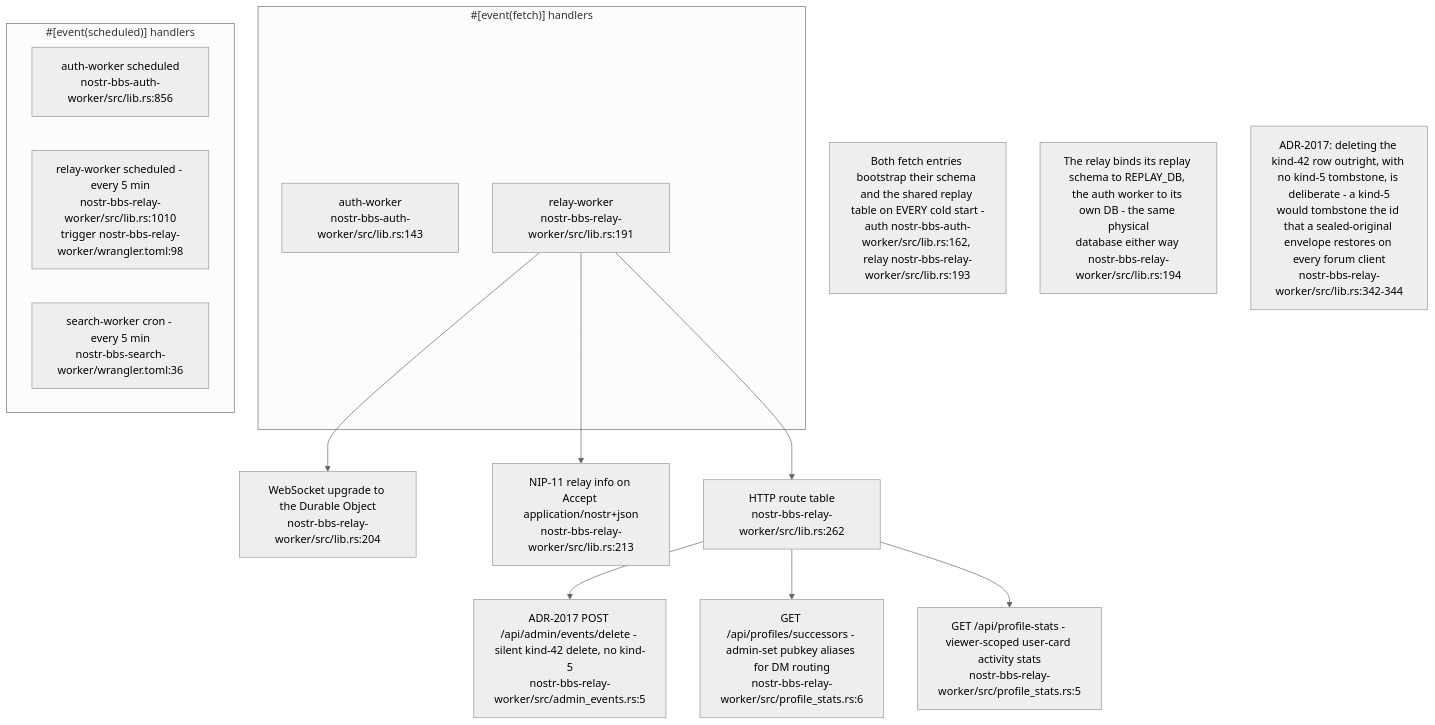
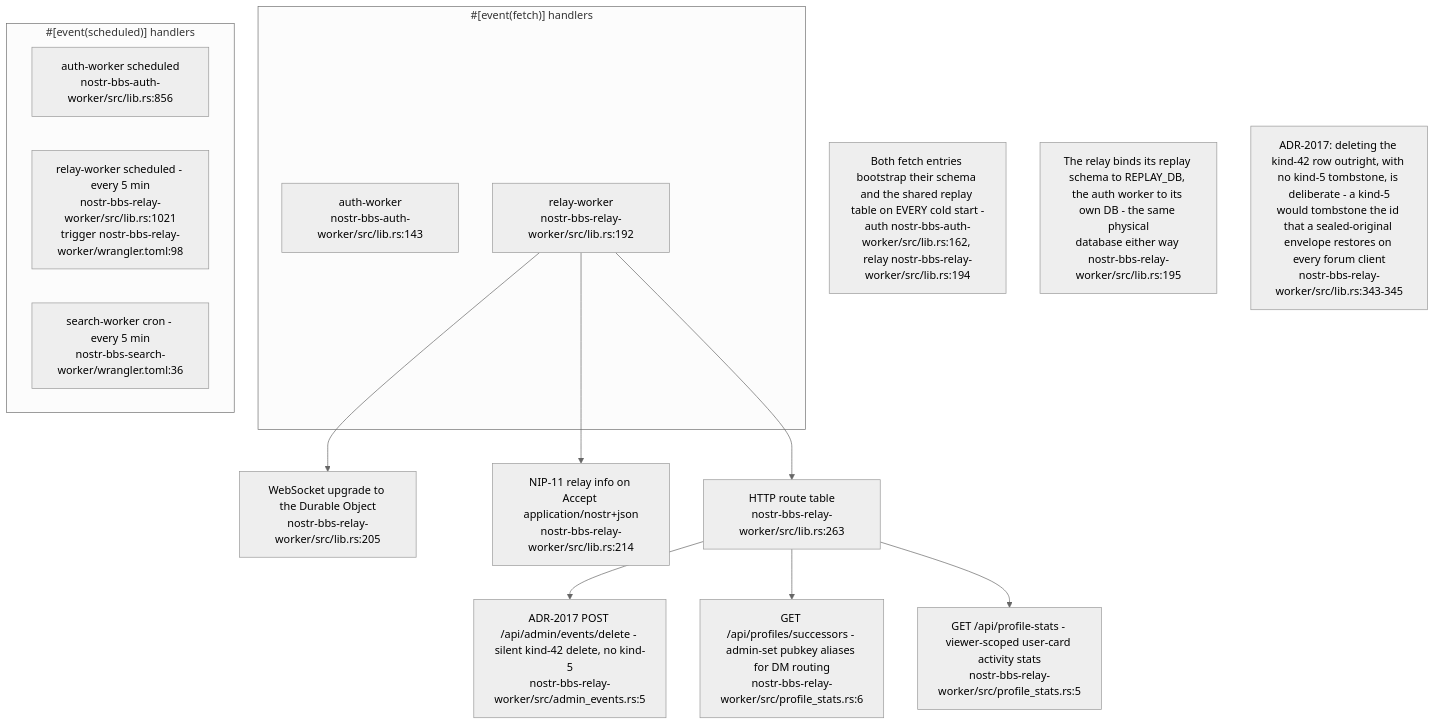
Before and after one commit to DreamLab-AI/VisionFlow: the third of 6 diagrams in docs/diagrams/nostr-rust-forum/01-workspace-and-worker-topology.md, drawn with Mermaid (neutral theme). The commit also changed other lines of this file and 31 other files, not shown here.

````diff
--- a/docs/diagrams/nostr-rust-forum/01-workspace-and-worker-topology.md
+++ b/docs/diagrams/nostr-rust-forum/01-workspace-and-worker-topology.md
@@ -106,29 +106,29 @@
 ```mermaid
 flowchart TB
     subgraph fetchentry["#[event(fetch)] handlers"]
         A["auth-worker<br/>nostr-bbs-auth-worker/src/lib.rs:143"]
-        R["relay-worker<br/>nostr-bbs-relay-worker/src/lib.rs:191"]
+        R["relay-worker<br/>nostr-bbs-relay-worker/src/lib.rs:192"]
     end
     subgraph cronentry["#[event(scheduled)] handlers"]
         AC["auth-worker scheduled<br/>nostr-bbs-auth-worker/src/lib.rs:856"]
-        RC["relay-worker scheduled - every 5 min<br/>nostr-bbs-relay-worker/src/lib.rs:1010<br/>trigger nostr-bbs-relay-worker/wrangler.toml:98"]
+        RC["relay-worker scheduled - every 5 min<br/>nostr-bbs-relay-worker/src/lib.rs:1021<br/>trigger nostr-bbs-relay-worker/wrangler.toml:98"]
         SC["search-worker cron - every 5 min<br/>nostr-bbs-search-worker/wrangler.toml:36"]
     end
-    WSUP["WebSocket upgrade to the Durable Object<br/>nostr-bbs-relay-worker/src/lib.rs:204"]
-    NIP11["NIP-11 relay info on Accept application/nostr+json<br/>nostr-bbs-relay-worker/src/lib.rs:213"]
-    HTTPR["HTTP route table<br/>nostr-bbs-relay-worker/src/lib.rs:262"]
+    WSUP["WebSocket upgrade to the Durable Object<br/>nostr-bbs-relay-worker/src/lib.rs:205"]
+    NIP11["NIP-11 relay info on Accept application/nostr+json<br/>nostr-bbs-relay-worker/src/lib.rs:214"]
+    HTTPR["HTTP route table<br/>nostr-bbs-relay-worker/src/lib.rs:263"]
     ADMDEL["ADR-2017 POST /api/admin/events/delete - silent kind-42 delete, no kind-5<br/>nostr-bbs-relay-worker/src/admin_events.rs:5"]
     SUCC["GET /api/profiles/successors - admin-set pubkey aliases for DM routing<br/>nostr-bbs-relay-worker/src/profile_stats.rs:6"]
     PSTATS["GET /api/profile-stats - viewer-scoped user-card activity stats<br/>nostr-bbs-relay-worker/src/profile_stats.rs:5"]
 
     R --> WSUP
     R --> NIP11
     R --> HTTPR
     HTTPR --> ADMDEL
     HTTPR --> SUCC
     HTTPR --> PSTATS
 
-    N1["Both fetch entries bootstrap their schema and the shared replay table on EVERY cold start -<br/>auth nostr-bbs-auth-worker/src/lib.rs:162, relay nostr-bbs-relay-worker/src/lib.rs:193"]
-    N2["The relay binds its replay schema to REPLAY_DB, the auth worker to its own DB - the same physical<br/>database either way nostr-bbs-relay-worker/src/lib.rs:194"]
-    N3["ADR-2017: deleting the kind-42 row outright, with no kind-5 tombstone, is deliberate - a kind-5<br/>would tombstone the id that a sealed-original envelope restores on every forum client<br/>nostr-bbs-relay-worker/src/lib.rs:342-344"]
+    N1["Both fetch entries bootstrap their schema and the shared replay table on EVERY cold start -<br/>auth nostr-bbs-auth-worker/src/lib.rs:162, relay nostr-bbs-relay-worker/src/lib.rs:194"]
+    N2["The relay binds its replay schema to REPLAY_DB, the auth worker to its own DB - the same physical<br/>database either way nostr-bbs-relay-worker/src/lib.rs:195"]
+    N3["ADR-2017: deleting the kind-42 row outright, with no kind-5 tombstone, is deliberate - a kind-5<br/>would tombstone the id that a sealed-original envelope restores on every forum client<br/>nostr-bbs-relay-worker/src/lib.rs:343-345"]
 ```
````
